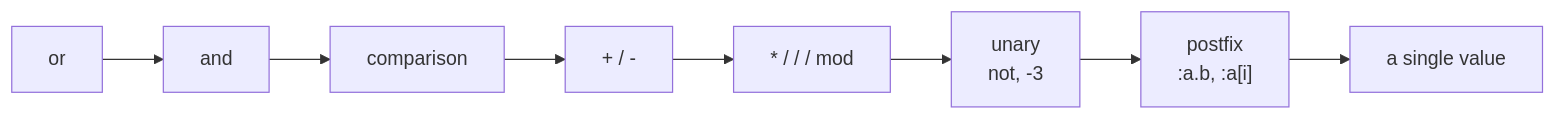
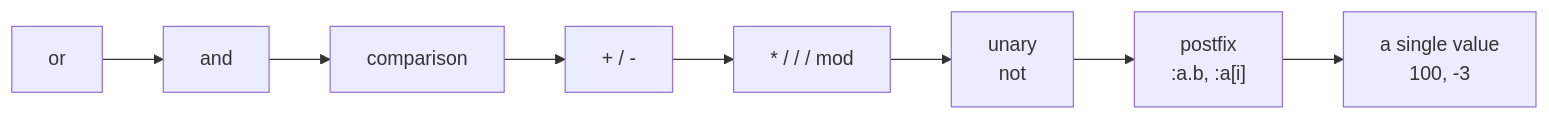
The second of 2 diagrams in docs/learn-how-its-built/05-the-parser.md (pmalarme/open-logo), drawn with Mermaid before and after one commit.

Commit message:
docs: fix precedence ladder - unary is only 'not', -3 is a value not an operator
Root review-gate flagged: per spec/grammar.md's unary rule (unary ::=
'not' unary | postfix-expression), a leading minus on a numeral is a
negative-number literal, not a unary operator. Move '-3' from the
unary node to 'a single value' alongside 100, so the page doesn't
imply the unsupported form '-:x' is a general unary negation.

Copilot-Session: 1652a8c1-61c7-4e19-8717-3e1ba8bbf499

````diff
--- a/docs/learn-how-its-built/05-the-parser.md
+++ b/docs/learn-how-its-built/05-the-parser.md
@@ -61,4 +61,4 @@
 ```mermaid
 flowchart LR
-  A["or"] --> B["and"] --> C["comparison"] --> D["+ / -"] --> E["* / / / mod"] --> F["unary<br/>not, -3"] --> G["postfix<br/>:a.b, :a[i]"] --> H["a single value"]
+  A["or"] --> B["and"] --> C["comparison"] --> D["+ / -"] --> E["* / / / mod"] --> F["unary<br/>not"] --> G["postfix<br/>:a.b, :a[i]"] --> H["a single value<br/>100, -3"]
 ```
````
